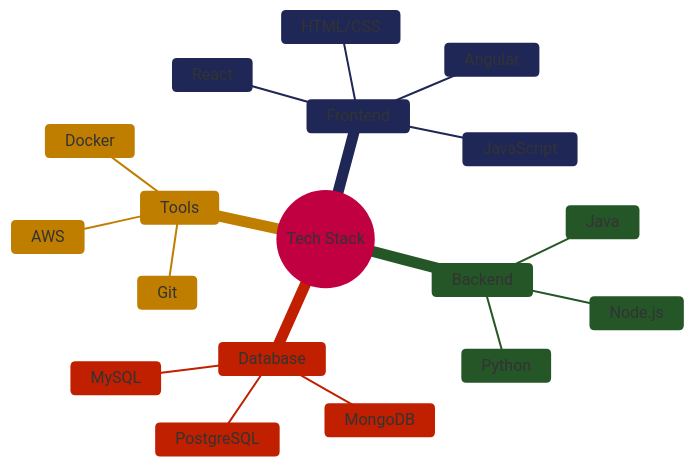
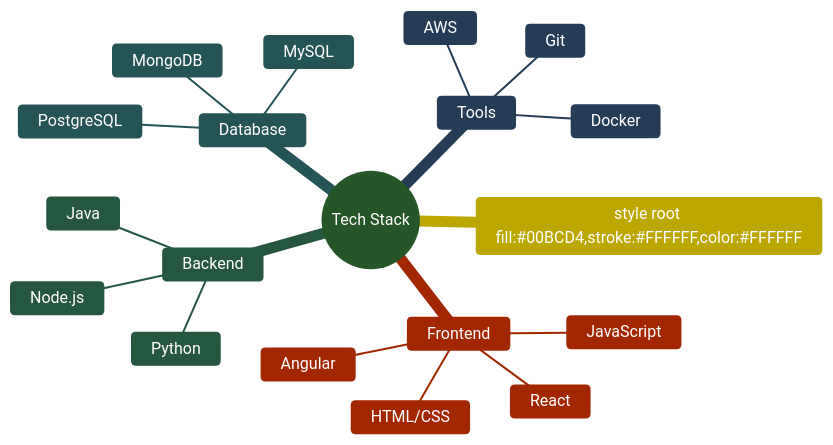
Before and after one commit to udithanayanajith/udithanayanajith: the first of 3 diagrams in README.md, drawn with Mermaid.

````diff
--- a/README.md
+++ b/README.md
@@ -12,23 +12,24 @@
 ```mermaid
-%%{init: {'theme': 'base', 'themeVariables': { 'fontSize': '16px', 'primaryColor': '#FF4081', 'secondaryColor': '#3F51B5', 'tertiaryColor': '#4CAF50', 'nodeTextColor': '#FFFFFF', 'linkColor': '#FFEB3B'}}}%%
+%%{init: {'theme': 'base', 'themeVariables': { 'fontSize': '16px', 'primaryColor': '#4CAF50', 'secondaryColor': '#FFEB3B', 'tertiaryColor': '#FF5722', 'edgeLabelBackground': '#ffffff', 'primaryTextColor': '#FFFFFF', 'secondaryTextColor': '#000000', 'tertiaryTextColor': '#FFFFFF', 'nodeBorder': '2px solid #FFEB3B', 'nodeTextColor': '#FFFFFF', 'linkColor': '#2196F3'}}}%%
 mindmap
  root((Tech Stack))
+    style root fill:#00BCD4,stroke:#FFFFFF,color:#FFFFFF
     Frontend
       HTML/CSS
       JavaScript
       React
       Angular
     Backend
       Node.js
       Python
       Java
     Database
       MongoDB
       MySQL
       PostgreSQL
     Tools
       Git
       Docker
       AWS
 
 ```
````
